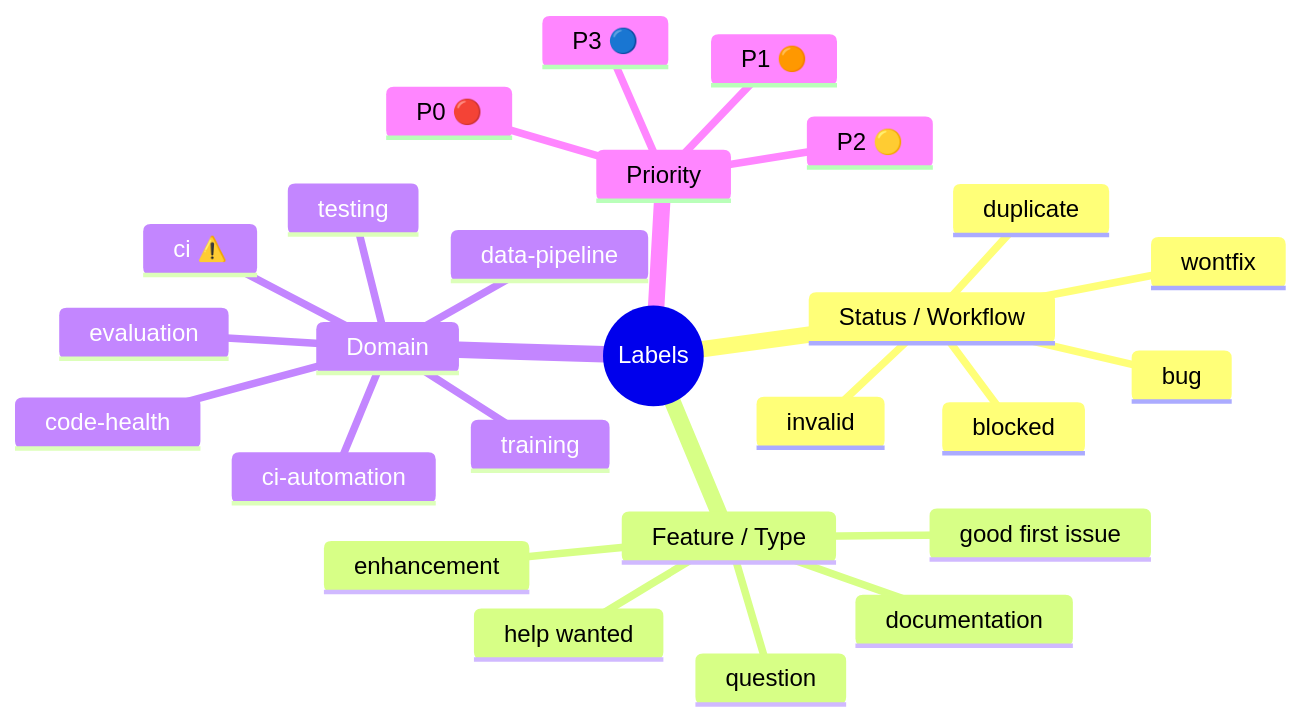
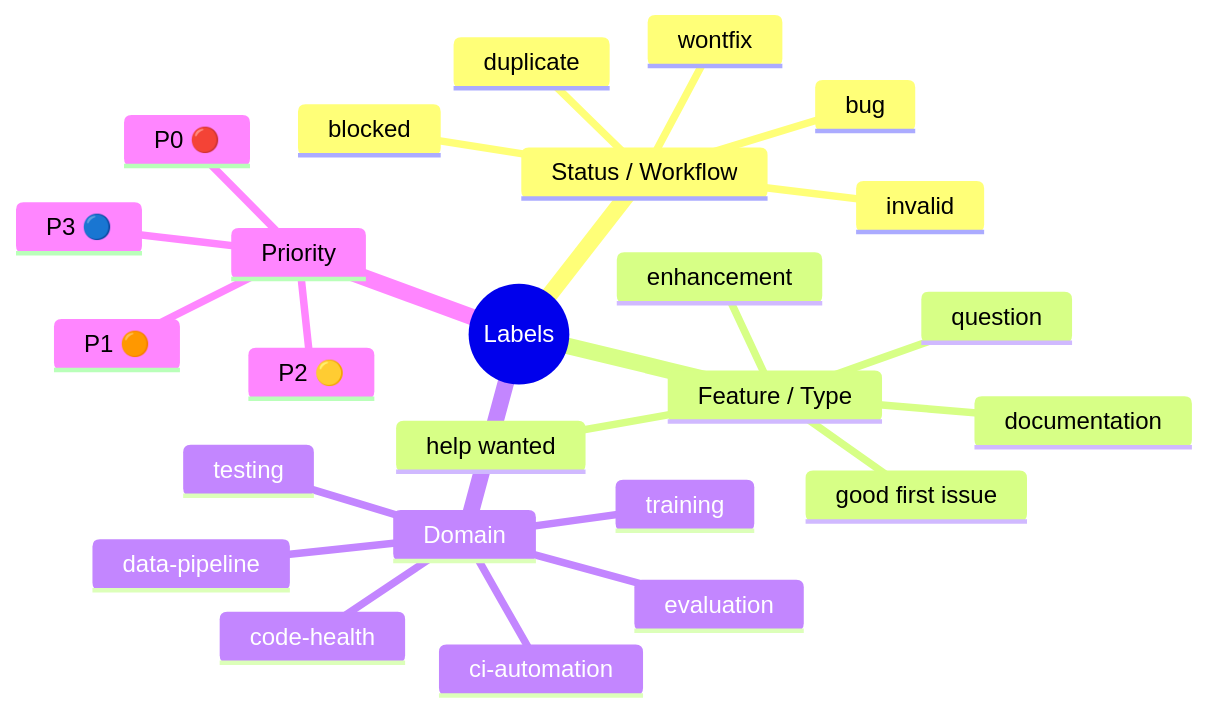
The second of 9 diagrams in docs/design/github-taxonomy.md (tinaudio/synth-setter), drawn with Mermaid before and after one commit. The commit also changed other lines of this file and 5 other files, not shown here.

````diff
--- a/docs/design/github-taxonomy.md
+++ b/docs/design/github-taxonomy.md
@@ -80,29 +80,28 @@
 ```mermaid
 mindmap
   root((Labels))
     Status / Workflow
       bug
       duplicate
       invalid
       wontfix
       blocked
     Feature / Type
       enhancement
       documentation
       good first issue
       help wanted
       question
     Domain
       data-pipeline
       ci-automation
       code-health
       evaluation
       testing
       training
-      ci ⚠️
     Priority
       P0 🔴
       P1 🟠
       P2 🟡
       P3 🔵
 ```
````
